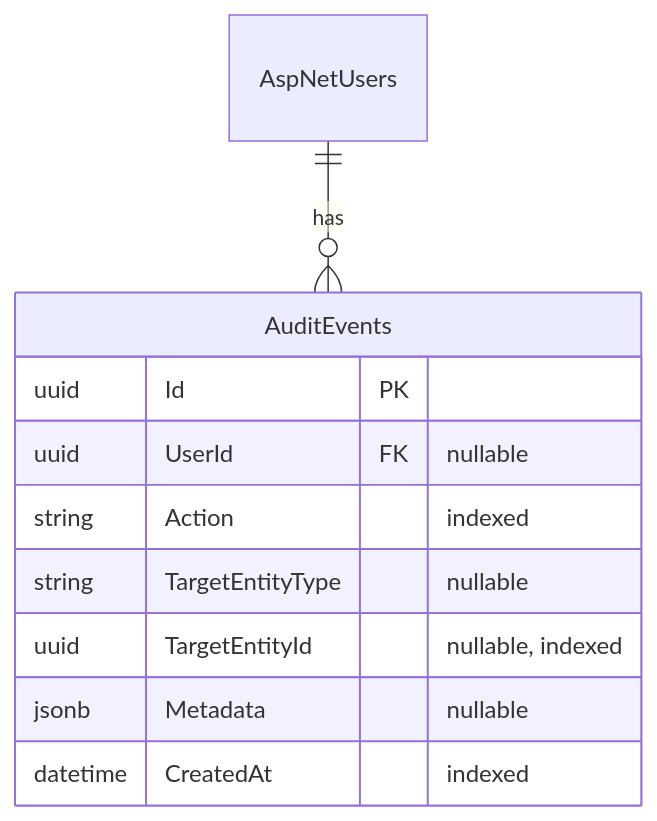
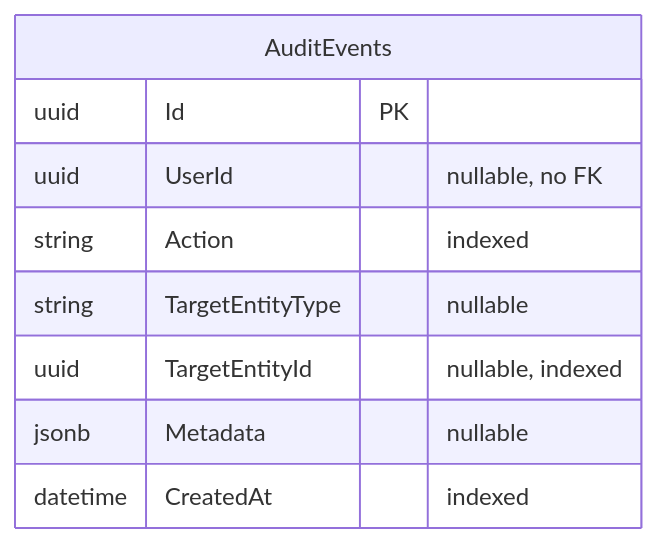
One commit to fpindej/netrock changed the second of 2 diagrams in docs/sessions/2026-02-18-audit-trail.md. Above: the diagram before and after it, drawn with Mermaid. The commit also changed other lines of this file and 14 other files, not shown here.

````diff
--- a/docs/sessions/2026-02-18-audit-trail.md
+++ b/docs/sessions/2026-02-18-audit-trail.md
@@ -108,14 +108,12 @@
 ```mermaid
 erDiagram
     AuditEvents {
         uuid Id PK
-        uuid UserId FK "nullable"
+        uuid UserId "nullable, no FK"
         string Action "indexed"
         string TargetEntityType "nullable"
         uuid TargetEntityId "nullable, indexed"
         jsonb Metadata "nullable"
         datetime CreatedAt "indexed"
     }
-
-    AspNetUsers ||--o{ AuditEvents : "has"
 ```
````
